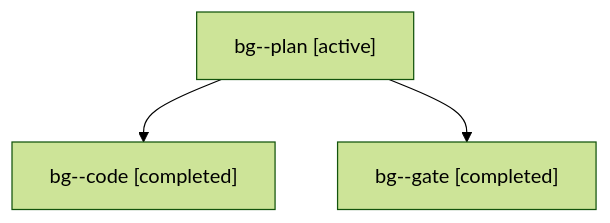
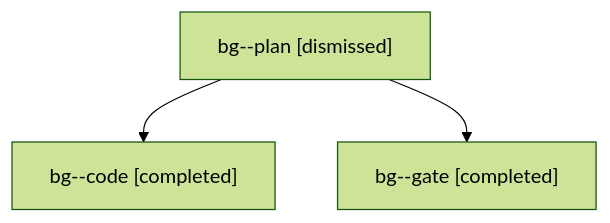
One commit to bobs-org/bob-cli--agents changed the diagram in sessions/bbugyi200.apollo.bg.md. Above: the diagram before and after it, drawn with Mermaid (forest theme). The commit also changed other lines of this file and 29 other files, not shown here.

````diff
--- a/sessions/bbugyi200.apollo.bg.md
+++ b/sessions/bbugyi200.apollo.bg.md
@@ -9,8 +9,8 @@
 ```mermaid
 flowchart TD
-  n0["bg--plan [active]"]
+  n0["bg--plan [dismissed]"]
   n1["bg--code [completed]"]
   n0 --> n1
   n2["bg--gate [completed]"]
   n0 --> n2
 ```
````
